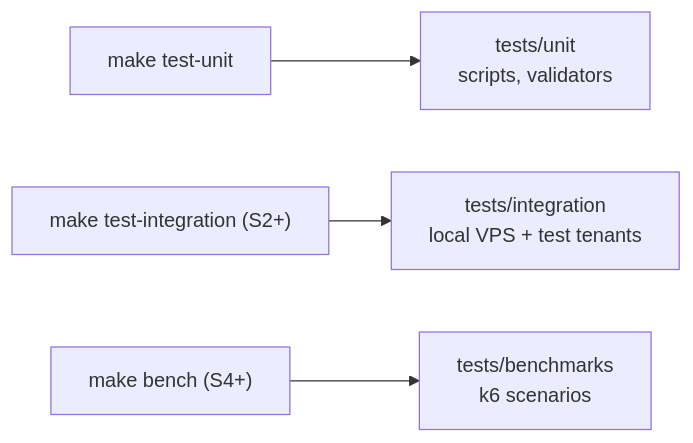
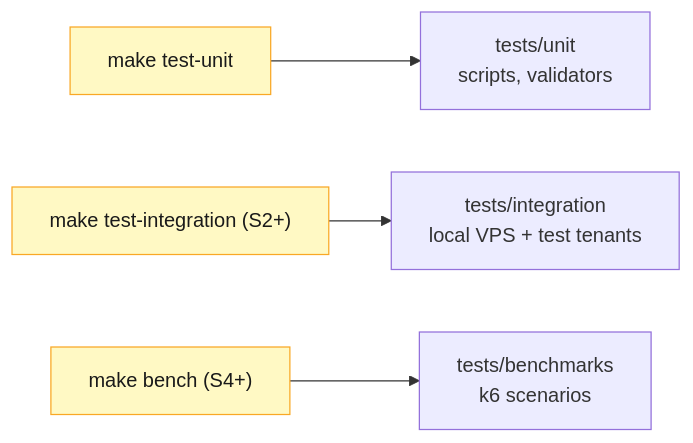
The diagram in tests/README.md (varunpathania86/nigu-lite), drawn with Mermaid before and after one commit. The commit also changed 38 other files, not shown here.

````diff
--- a/tests/README.md
+++ b/tests/README.md
@@ -7,6 +7,8 @@
 ```mermaid
 flowchart LR
   M["make test-unit"] --> U["tests/unit<br/>scripts, validators"]
   M2["make test-integration (S2+)"] --> I["tests/integration<br/>local VPS + test tenants"]
   M3["make bench (S4+)"] --> B["tests/benchmarks<br/>k6 scenarios"]
+  class M,M2,M3 tool
+  classDef tool fill:#fff9c4,stroke:#f9a825,color:#1a1a1a
 ```
````
